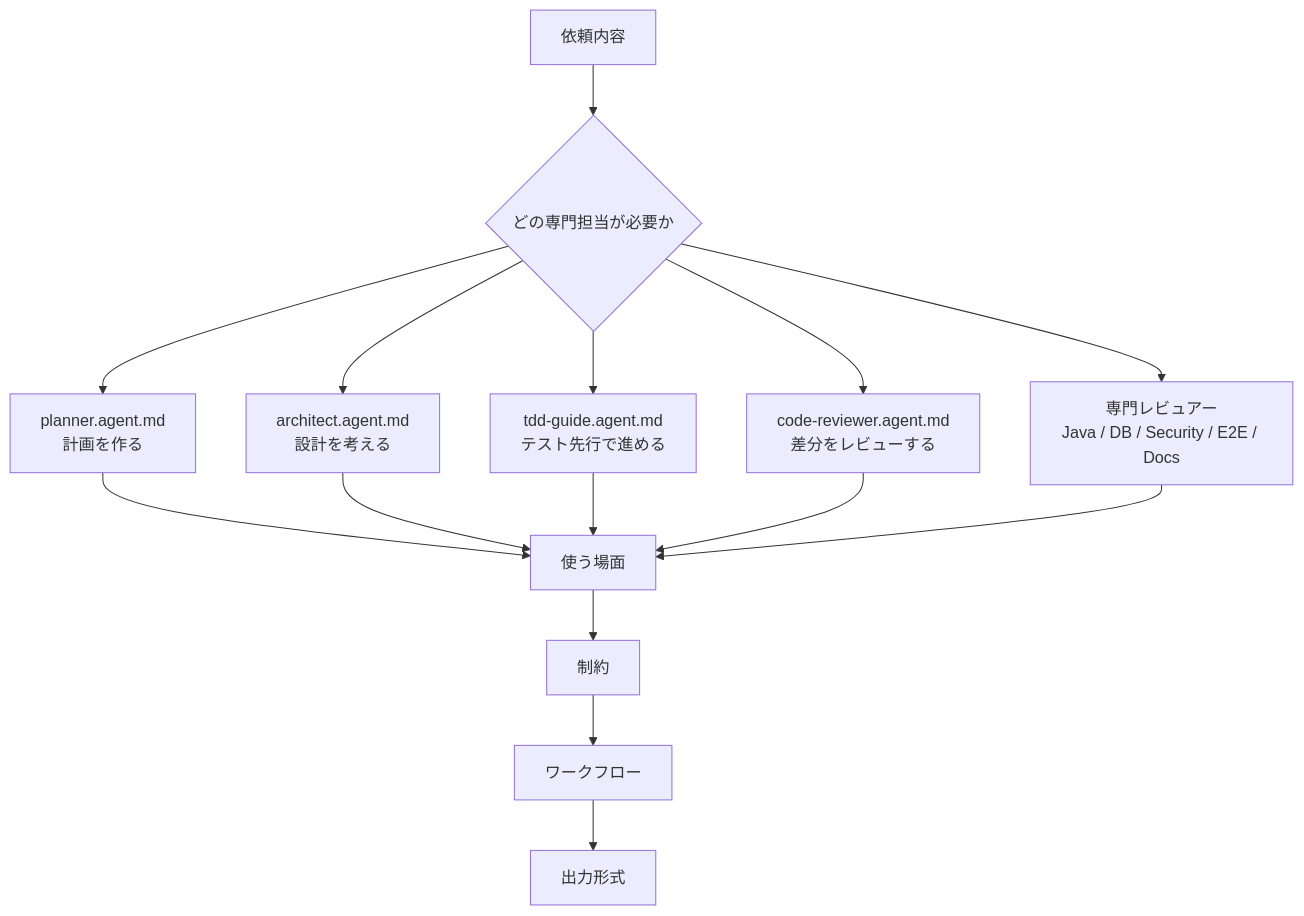
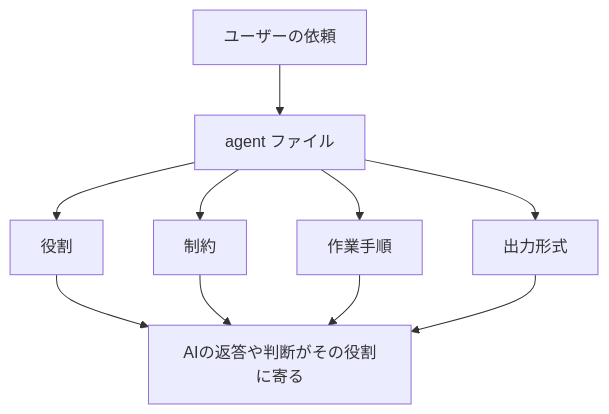
Before and after one commit to k-iizuka000/copilot-sample: the first of 2 diagrams in eçverything-claude-code/.github/agents/README.md, drawn with Mermaid. The commit also changed other lines of this file and 3 other files, not shown here.

````diff
--- a/eçverything-claude-code/.github/agents/README.md
+++ b/eçverything-claude-code/.github/agents/README.md
@@ -9,17 +17,12 @@
 ```mermaid
 flowchart TD
-    A[依頼内容] --> B{どの専門担当が必要か}
-    B --> C[planner.agent.md<br/>計画を作る]
-    B --> D[architect.agent.md<br/>設計を考える]
-    B --> E[tdd-guide.agent.md<br/>テスト先行で進める]
-    B --> F[code-reviewer.agent.md<br/>差分をレビューする]
-    B --> G[専門レビュアー<br/>Java / DB / Security / E2E / Docs]
-    C --> H[使う場面]
-    D --> H
-    E --> H
-    F --> H
-    G --> H
-    H --> I[制約]
-    I --> J[ワークフロー]
-    J --> K[出力形式]
+    A[ユーザーの依頼] --> B[agent ファイル]
+    B --> C[役割]
+    B --> D[制約]
+    B --> E[作業手順]
+    B --> F[出力形式]
+    C --> G[AIの返答や判断がその役割に寄る]
+    D --> G
+    E --> G
+    F --> G
 ```
````
